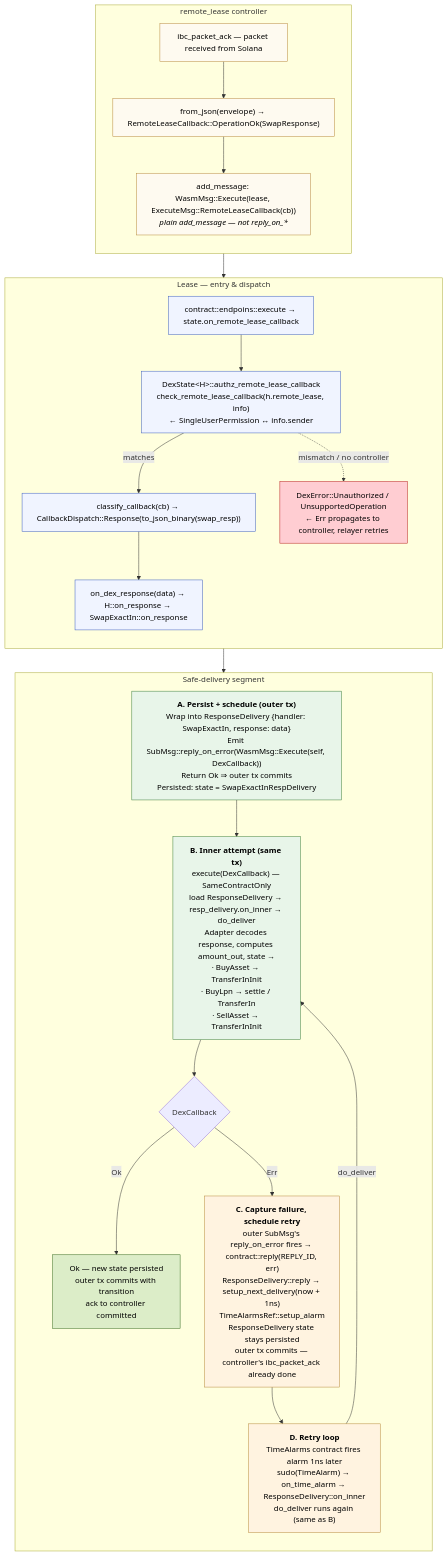
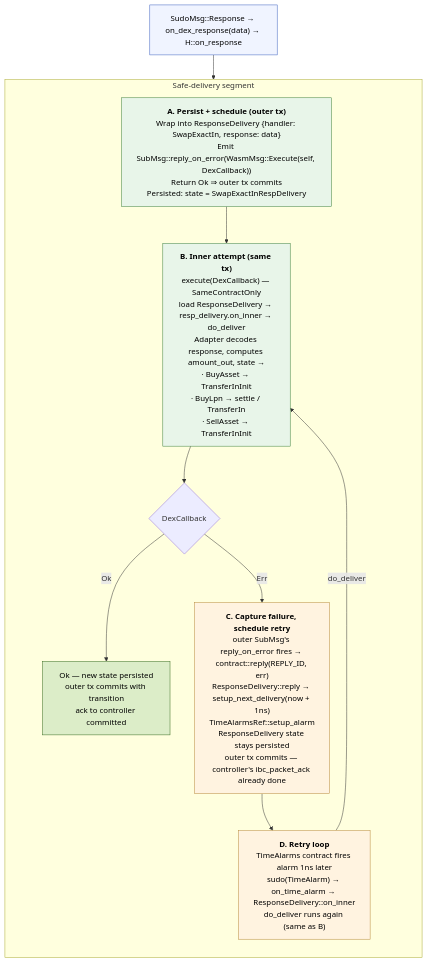
Before and after one commit to nolus-protocol/nolus-money-market: the second of 2 diagrams in protocol/docs/remote-lease-callback-flow.md, drawn with Mermaid. The commit also changed other lines of this file and 2 other files, not shown here.

First line of the commit message:
docs: sync the callback-flow trace and runbook with the shipped legs

````diff
--- a/protocol/docs/remote-lease-callback-flow.md
+++ b/protocol/docs/remote-lease-callback-flow.md
@@ -12,47 +59,28 @@
 ```mermaid
 flowchart TD
-    classDef ctrl   fill:#fefaf0,stroke:#b6883a,color:#000;
-    classDef lease  fill:#f0f4ff,stroke:#3a5dbe,color:#000;
     classDef safeA  fill:#e8f5e9,stroke:#3a7d3a,color:#000;
     classDef safeB  fill:#e8f5e9,stroke:#3a7d3a,color:#000;
     classDef safeC  fill:#fff3e0,stroke:#b6883a,color:#000;
     classDef safeD  fill:#fff3e0,stroke:#b6883a,color:#000;
     classDef ok     fill:#dcedc8,stroke:#33691e,color:#000;
-    classDef err    fill:#ffcdd2,stroke:#b71c1c,color:#000;
+    classDef lease  fill:#f0f4ff,stroke:#3a5dbe,color:#000;
 
-    subgraph Controller[remote_lease controller]
-        direction TB
-        Ack["ibc_packet_ack — packet received from Solana"]:::ctrl
-        Decode["from_json(envelope) → RemoteLeaseCallback::OperationOk(SwapResponse)"]:::ctrl
-        WasmExec["add_message: WasmMsg::Execute(lease, ExecuteMsg::RemoteLeaseCallback(cb))<br/><i>plain add_message — not reply_on_*</i>"]:::ctrl
-        Ack --> Decode --> WasmExec
-    end
-
-    subgraph LeaseEntry[Lease — entry & dispatch]
-        direction TB
-        ExecEntry["contract::endpoins::execute → state.on_remote_lease_callback"]:::lease
-        Auth["DexState&lt;H&gt;::authz_remote_lease_callback<br/>check_remote_lease_callback(h.remote_lease, info)<br/>← SingleUserPermission ↔ info.sender"]:::lease
-        Classify["classify_callback(cb) → CallbackDispatch::Response(to_json_binary(swap_resp))"]:::lease
-        DispatchResp["on_dex_response(data) → H::on_response → SwapExactIn::on_response"]:::lease
-        ExecEntry --> Auth -->|matches| Classify --> DispatchResp
-        Auth -. mismatch / no controller .-> AuthErr["DexError::Unauthorized / UnsupportedOperation<br/>← Err propagates to controller, relayer retries"]:::err
-    end
+    DispatchResp["SudoMsg::Response → on_dex_response(data) → H::on_response"]:::lease
 
     subgraph SafeDelivery[Safe-delivery segment]
         direction TB
         A["<b>A. Persist + schedule (outer tx)</b><br/>Wrap into ResponseDelivery {handler: SwapExactIn, response: data}<br/>Emit SubMsg::reply_on_error(WasmMsg::Execute(self, DexCallback))<br/>Return Ok ⇒ outer tx commits<br/>Persisted: state = SwapExactInRespDelivery"]:::safeA
         B["<b>B. Inner attempt (same tx)</b><br/>execute(DexCallback) — SameContractOnly<br/>load ResponseDelivery → resp_delivery.on_inner → do_deliver<br/>Adapter decodes response, computes amount_out, state →<br/>· BuyAsset → TransferInInit<br/>· BuyLpn → settle / TransferIn<br/>· SellAsset → TransferInInit"]:::safeB
         BSplit{DexCallback}
         BOk["Ok — new state persisted<br/>outer tx commits with transition<br/>ack to controller committed"]:::ok
         C["<b>C. Capture failure, schedule retry</b><br/>outer SubMsg's reply_on_error fires → contract::reply(REPLY_ID, err)<br/>ResponseDelivery::reply → setup_next_delivery(now + 1ns)<br/>TimeAlarmsRef::setup_alarm<br/>ResponseDelivery state stays persisted<br/>outer tx commits — controller's ibc_packet_ack already done"]:::safeC
         D["<b>D. Retry loop</b><br/>TimeAlarms contract fires alarm 1ns later<br/>sudo(TimeAlarm) → on_time_alarm → ResponseDelivery::on_inner<br/>do_deliver runs again (same as B)"]:::safeD
 
         A --> B --> BSplit
         BSplit -->|Ok| BOk
         BSplit -->|Err| C --> D
         D -->|do_deliver| B
     end
 
-    WasmExec --> ExecEntry
     DispatchResp --> A
 ```
````
